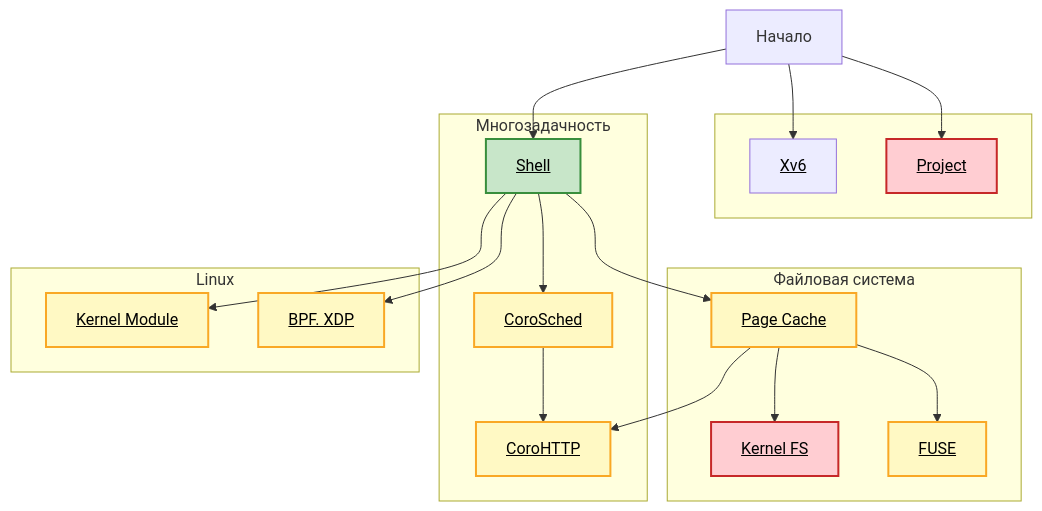
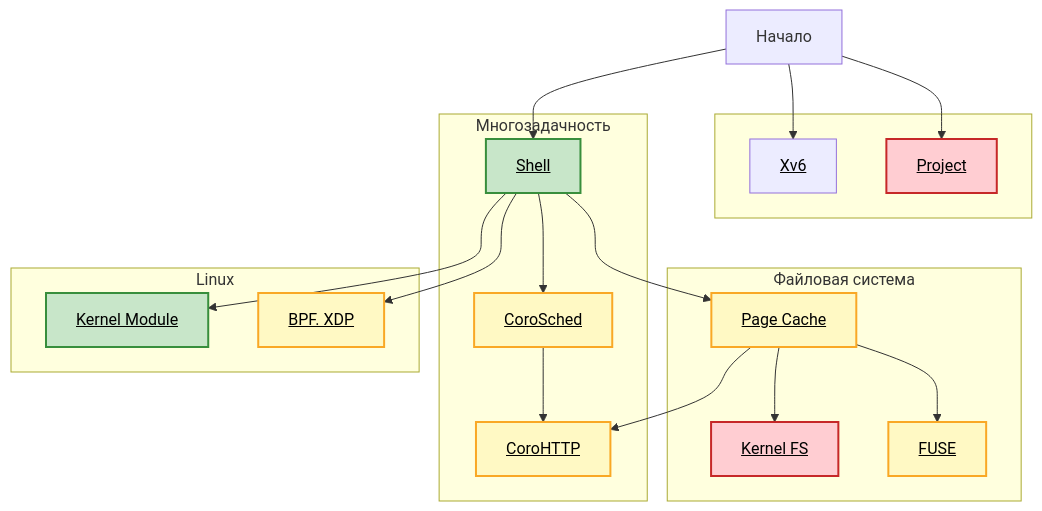
One commit to secs-dev/os-course changed the diagram in README.md. Above: the diagram before and after it, drawn with Mermaid.

````diff
--- a/README.md
+++ b/README.md
@@ -23,53 +23,53 @@
 ```mermaid
 graph TD
     start["Начало"]
 
     subgraph other [" "]
         xv6["<a href='https://github.com/secs-dev/xv6-riscv' style='color:black;'>Xv6</a>"]
         project["<a href='https://github.com/secs-dev/os-course/blob/main/lab/project/README.md' style='color:black;'>Project</a>"]
     end
 
     subgraph fs ["Файловая система"]
         vtpc["<a href='https://github.com/secs-dev/os-course/blob/main/lab/vtpc/README.md' style='color:black;'>Page Cache</a>"]
         vtfs["<a href='https://github.com/secs-dev/os-course/blob/main/lab/vtfs/README.md' style='color:black;'>Kernel FS</a>"]
         fuse["<a href='https://github.com/secs-dev/os-course/blob/main/lab/fuse/README.md' style='color:black;'>FUSE</a>"]
     end
 
     subgraph mp ["Многозадачность"]
         vtsh["<a href='https://github.com/secs-dev/os-course/blob/main/lab/vtsh/README.md' style='color:black;'>Shell</a>"]
         corosched["<a href='https://github.com/secs-dev/os-course/blob/main/lab/corosched/README.md' style='color:black;'>CoroSched</a>"]
         corohttp["<a href='https://github.com/secs-dev/os-course/blob/main/lab/corohttp/README.md' style='color:black;'>CoroHTTP</a>"]
     end
 
     subgraph linux ["Linux"]
         vtkm["<a href='https://github.com/secs-dev/os-course/blob/main/lab/vtkm/README.md' style='color:black;'>Kernel Module</a>"]
         bpf_xdp["<a href='https://github.com/secs-dev/os-course/blob/main/lab/bpf-xdp/README.md' style='color:black;'>BPF. XDP</a>"]
     end
 
     start --> xv6
     start --> project
     start --> vtsh
     vtsh --> vtpc
     vtsh --> vtkm
     vtpc --> vtfs
     vtpc --> fuse
     vtsh --> corosched
     vtpc --> corohttp
     corosched --> corohttp
     vtsh --> bpf_xdp
 
     classDef free fill:#eceff1,stroke:#607d8b,stroke-width:2px,color:#37474f
     classDef easy fill:#c8e6c9,stroke:#388e3c,stroke-width:2px,color:#1b5e20
     classDef medium fill:#fff9c4,stroke:#f9a825,stroke-width:2px,color:#f57f17
     classDef hard fill:#ffcdd2,stroke:#c62828,stroke-width:2px,color:#b71c1c
 
     class project hard
     class vtsh easy
     class vtpc medium
-    class vtkm medium
+    class vtkm easy
     class vtfs hard
     class fuse medium
     class corosched medium
     class corohttp medium
     class bpf_xdp medium
 ```
````
